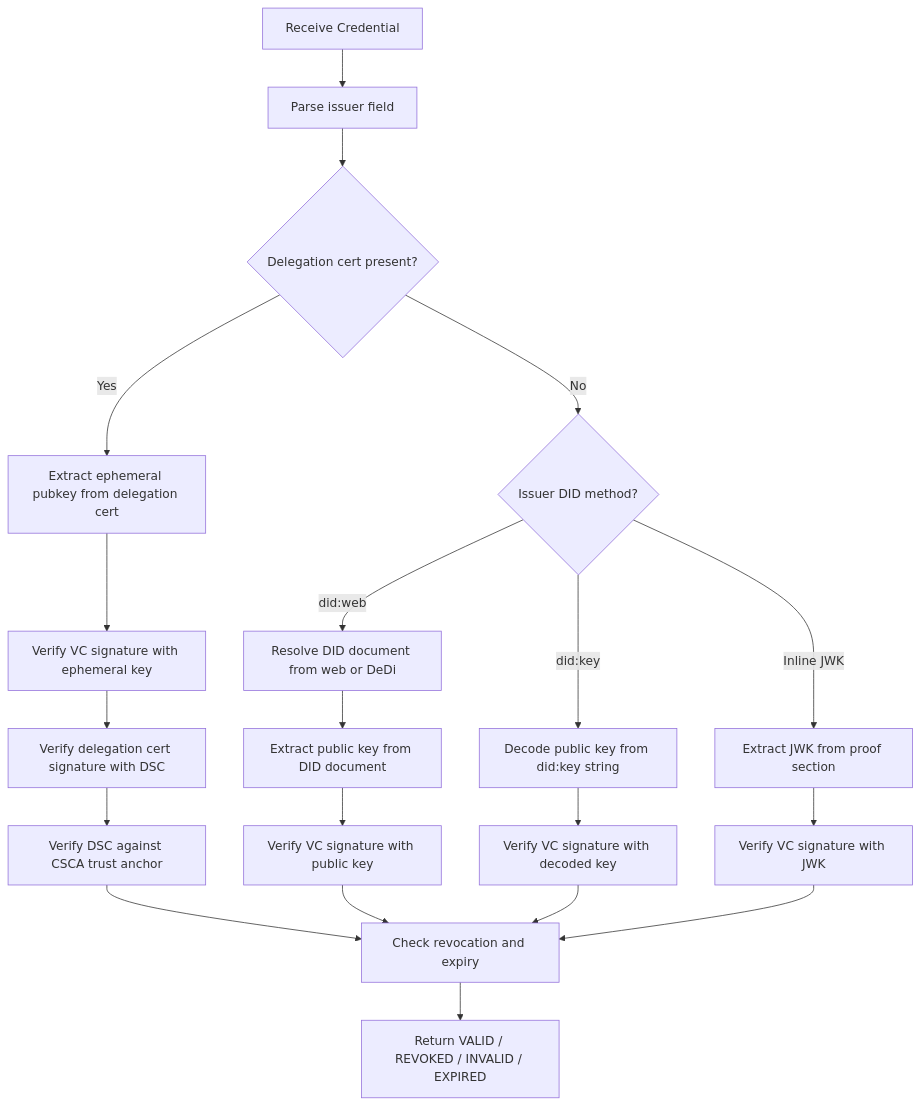
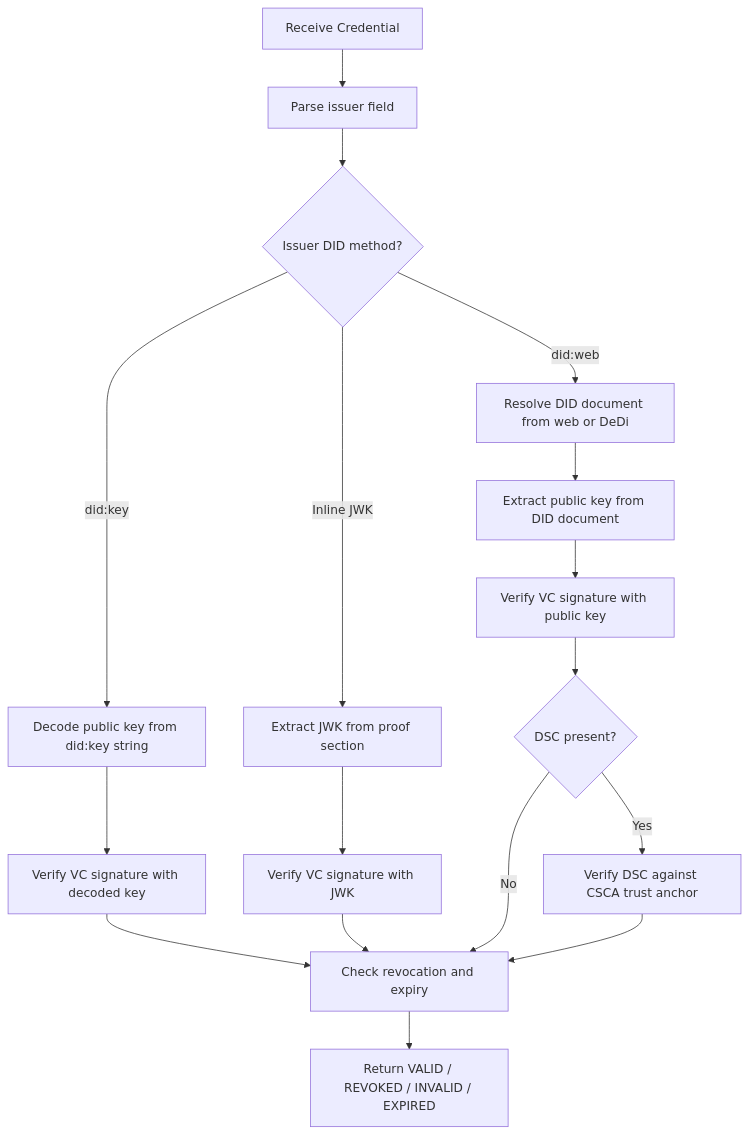
The fourth of 5 diagrams in OpenCred_PRD.md (nfh-trust-labs/opencred), drawn with Mermaid before and after one commit. The commit also changed other lines of this file, not shown here.

First line of the commit message:
Restructure PRD: simplify architecture, add interfaces, redefine issuer types

````diff
--- a/OpenCred_PRD.md
+++ b/OpenCred_PRD.md
@@ -645,28 +522,25 @@
 ```mermaid
 flowchart TD
     Start[Receive Credential] --> Parse[Parse issuer field]
-    Parse --> DelegationCheck{Delegation cert present?}
+    Parse --> MethodCheck{Issuer DID method?}
 
-    DelegationCheck -->|Yes| ExtractEphemeral[Extract ephemeral pubkey from delegation cert]
-    ExtractEphemeral --> VerifyVC_E[Verify VC signature with ephemeral key]
-    VerifyVC_E --> VerifyDelegation[Verify delegation cert signature with DSC]
-    VerifyDelegation --> VerifyDSC[Verify DSC against CSCA trust anchor]
-
-    DelegationCheck -->|No| MethodCheck{Issuer DID method?}
     MethodCheck -->|"did:web"| ResolveDID[Resolve DID document from web or DeDi]
     ResolveDID --> ExtractPubKey[Extract public key from DID document]
     ExtractPubKey --> VerifyVC_W[Verify VC signature with public key]
 
     MethodCheck -->|"did:key"| DecodeDIDKey[Decode public key from did:key string]
     DecodeDIDKey --> VerifyVC_K[Verify VC signature with decoded key]
 
     MethodCheck -->|"Inline JWK"| ExtractJWK[Extract JWK from proof section]
     ExtractJWK --> VerifyVC_J[Verify VC signature with JWK]
 
-    VerifyDSC --> StatusCheck[Check revocation and expiry]
-    VerifyVC_W --> StatusCheck
-    VerifyVC_K --> StatusCheck
+    VerifyVC_W --> DSCCheck{DSC present?}
+    VerifyVC_K --> StatusCheck[Check revocation and expiry]
     VerifyVC_J --> StatusCheck
+
+    DSCCheck -->|Yes| VerifyDSC[Verify DSC against CSCA trust anchor]
+    DSCCheck -->|No| StatusCheck
+    VerifyDSC --> StatusCheck
 
     StatusCheck --> Result[Return VALID / REVOKED / INVALID / EXPIRED]
 ```
````
